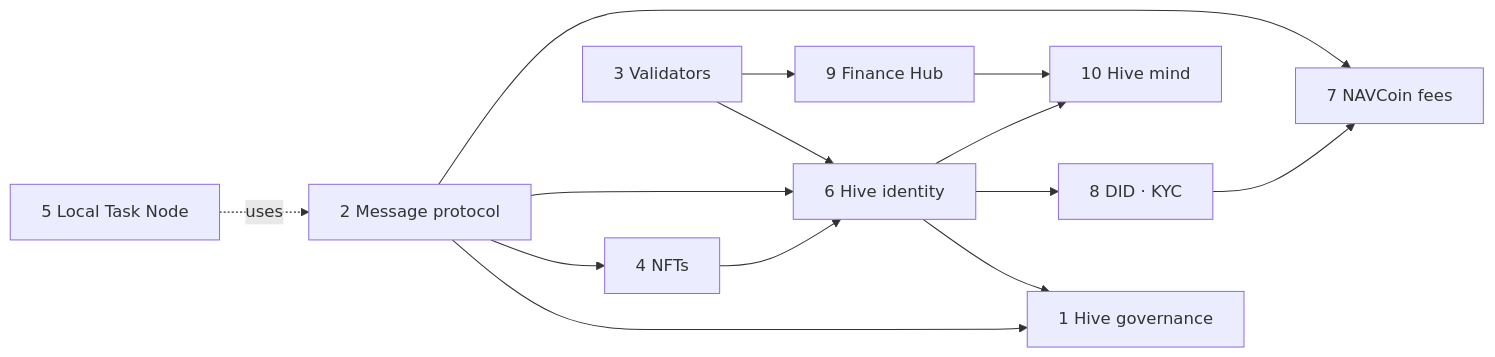
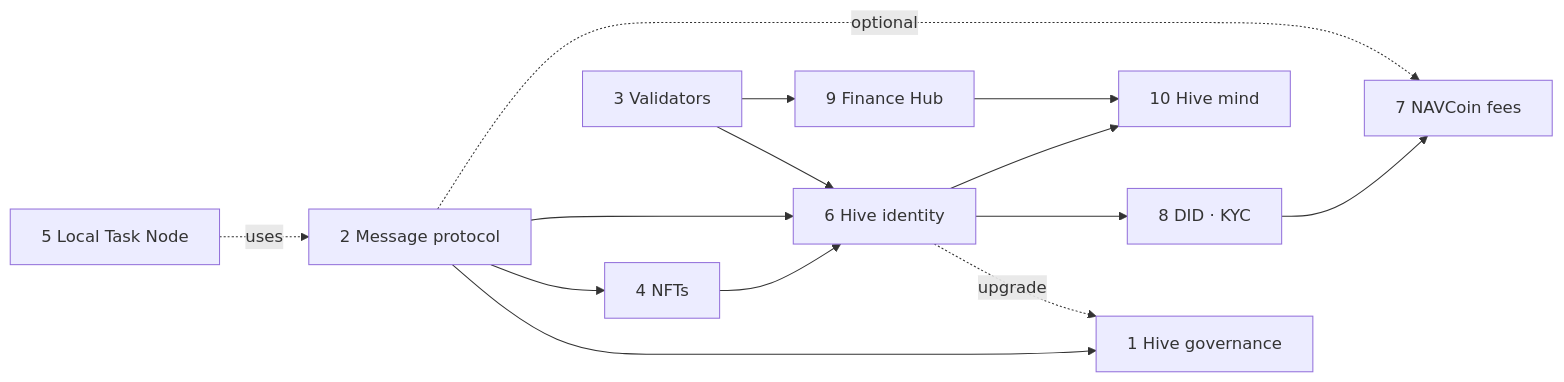
The third of 3 diagrams in big_milestone/README.md (postfiatorg/postfiatl1v2), drawn with Mermaid before and after one commit. The commit also changed other lines of this file and 44 other files, not shown here.

````diff
--- a/big_milestone/README.md
+++ b/big_milestone/README.md
@@ -126,16 +129,16 @@
 ```mermaid
 flowchart LR
     P2[2 Message protocol] --> P1[1 Hive governance]
     P2 --> P4[4 NFTs]
     P2 --> P6[6 Hive identity]
-    P2 --> P7[7 NAVCoin fees]
-    P6 --> P1
+    P2 -.optional.-> P7[7 NAVCoin fees]
+    P6 -.upgrade.-> P1
     P6 --> P8[8 DID · KYC]
     P3[3 Validators] --> P6
     P3 --> P9[9 Finance Hub]
     P4 --> P6
     P8 --> P7
     P9 --> P10[10 Hive mind]
     P6 --> P10
     P5[5 Local Task Node] -.uses.-> P2
 ```
````
